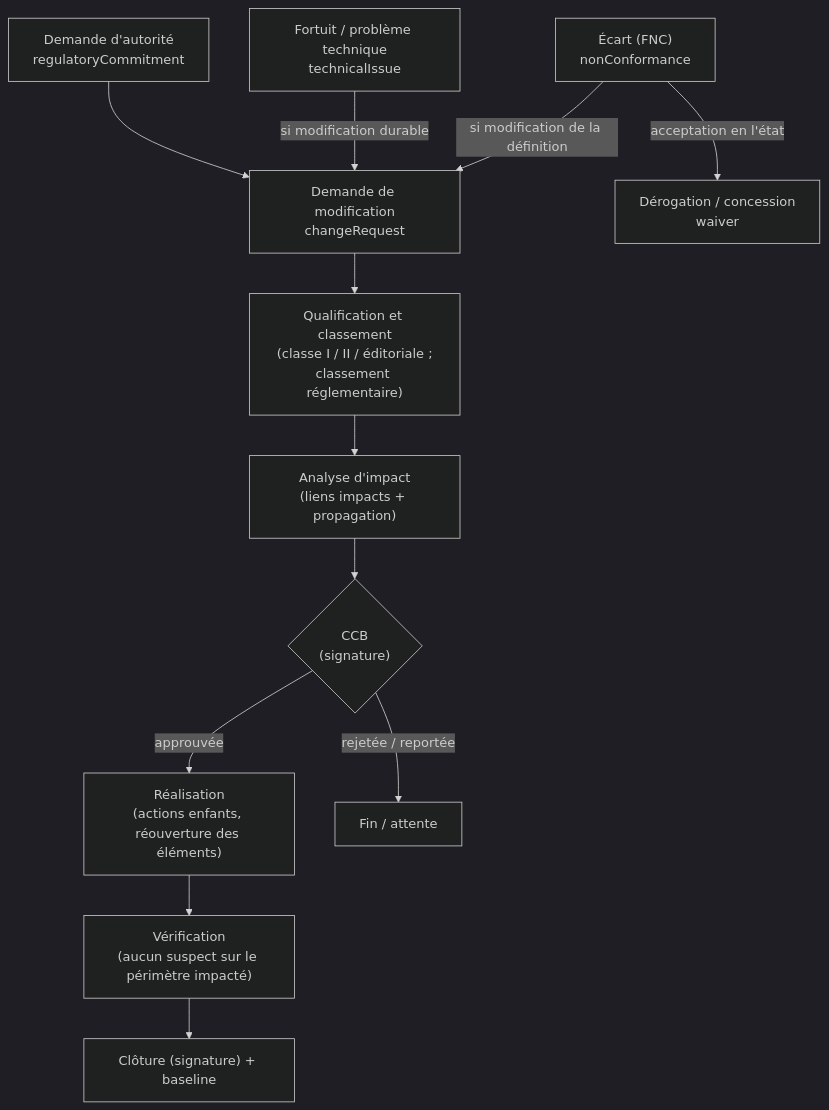
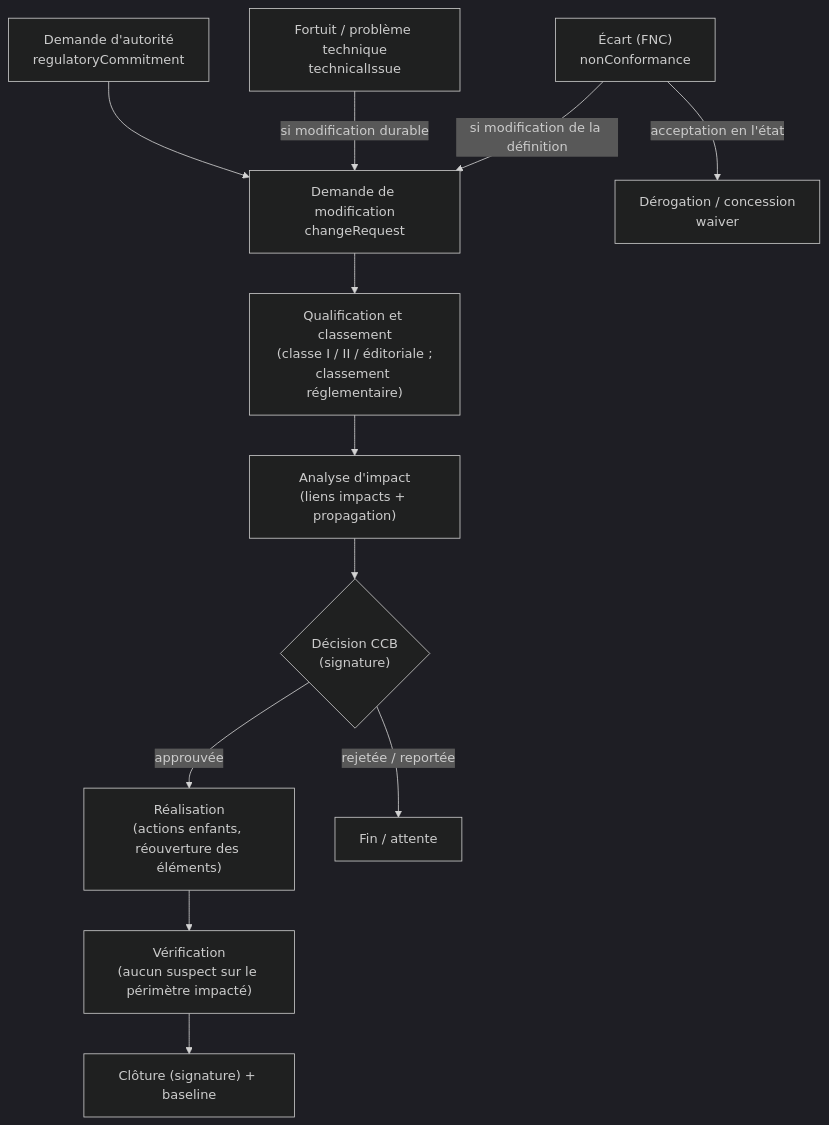
The second of 2 diagrams in docs/partie3/07_Methodologie_IS_et_tailoring.md (PapSee1/ALM_Datamodel), drawn with Mermaid (dark theme) before and after one commit. The commit also changed other lines of this file and 77 other files, not shown here.

````diff
--- a/docs/partie3/07_Methodologie_IS_et_tailoring.md
+++ b/docs/partie3/07_Methodologie_IS_et_tailoring.md
@@ -105,14 +124,14 @@
 ```mermaid
 flowchart TD
   NC["Écart (FNC)<br/>nonConformance"] -->|si modification de la définition| CR
   TI["Fortuit / problème technique<br/>technicalIssue"] -->|si modification durable| CR
   RC["Demande d'autorité<br/>regulatoryCommitment"] --> CR
   CR["Demande de modification<br/>changeRequest"] --> S["Qualification et classement<br/>(classe I / II / éditoriale ;<br/>classement réglementaire)"]
   S --> IA["Analyse d'impact<br/>(liens impacts + propagation)"]
-  IA --> CCB{"CCB<br/>(signature)"}
+  IA --> CCB{"Décision CCB<br/>(signature)"}
   CCB -->|approuvée| IMP["Réalisation<br/>(actions enfants, réouverture des éléments)"]
   CCB -->|rejetée / reportée| X["Fin / attente"]
   IMP --> VER["Vérification<br/>(aucun suspect sur le périmètre impacté)"]
   VER --> CLO["Clôture (signature) + baseline"]
   NC -->|acceptation en l'état| W["Dérogation / concession<br/>waiver"]
 ```
````
